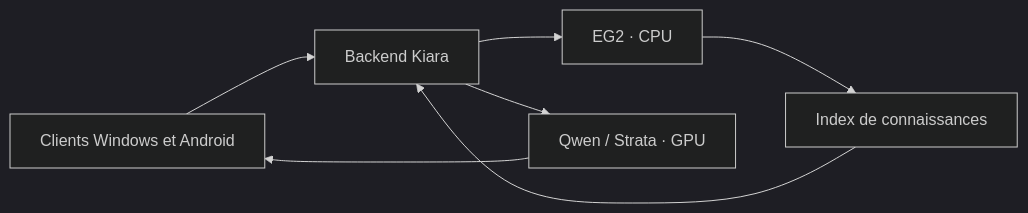
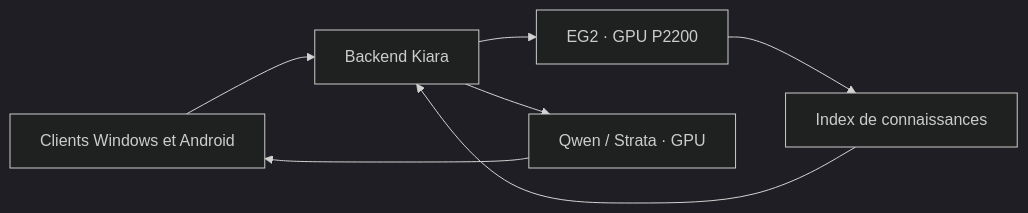
Before and after one commit to Karenax/serveur-ia: the diagram in lanceur/MEMOIRE-EG2.md, drawn with Mermaid (dark theme). The commit also changed other lines of this file and 1363 other files, not shown here.

````diff
--- a/lanceur/MEMOIRE-EG2.md
+++ b/lanceur/MEMOIRE-EG2.md
@@ -5,9 +5,9 @@
 ```mermaid
 flowchart LR
     C[Clients Windows et Android] --> B[Backend Kiara]
-    B --> E[EG2 · CPU]
+    B --> E[EG2 · GPU P2200]
     E --> K[Index de connaissances]
     K --> B
     B --> Q[Qwen / Strata · GPU]
     Q --> C
 ```
````
